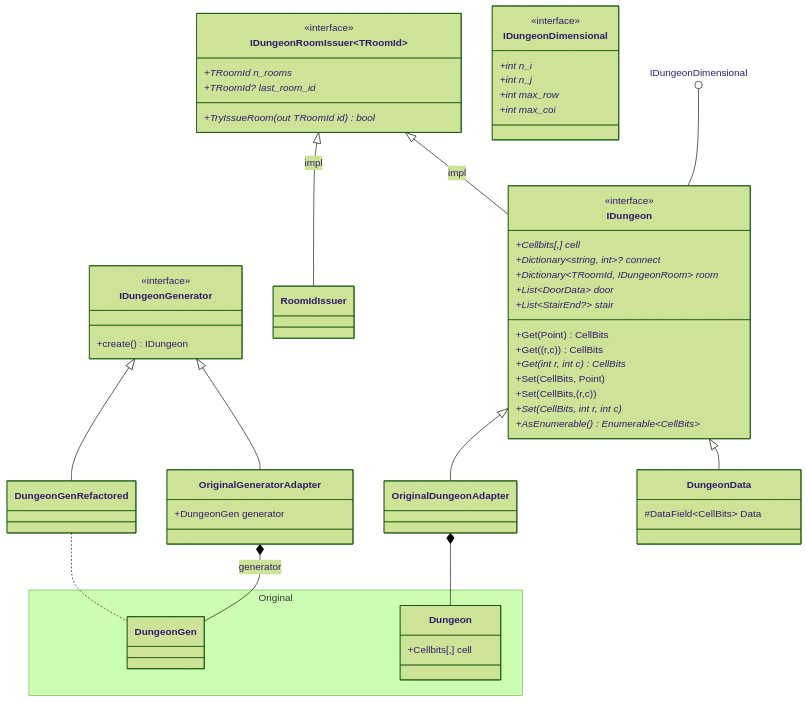
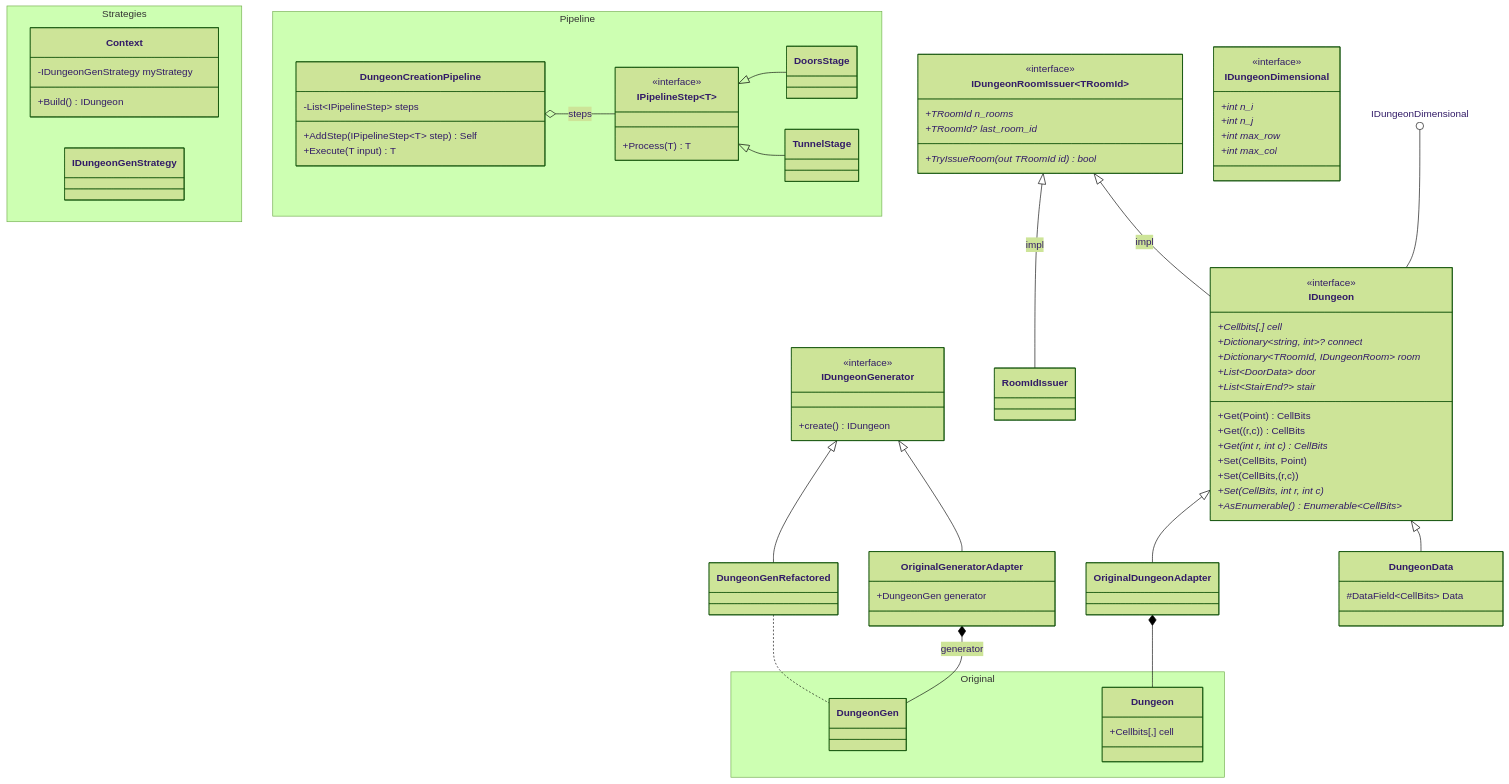
The diagram in Donjon/plan.mmd (NebulousPsychology/DnD.DonjonNET), drawn with Mermaid (forest theme) before and after one commit. The commit also changed other lines of this file and 31 other files, not shown here.

```diff
--- a/Donjon/plan.mmd
+++ b/Donjon/plan.mmd
@@ -1,66 +1,91 @@
 classDiagram
     namespace Original {
         class Dungeon {
             +Cellbits[,] cell
         }
         class DungeonGen
     }
     class IDungeonGenerator{
         <<interface>> 
         +create() IDungeon
     } 
 
     class DungeonGenRefactored
     IDungeonGenerator <|-- DungeonGenRefactored
 
     class OriginalGeneratorAdapter{
         +DungeonGen generator
     }
     IDungeonGenerator <|-- OriginalGeneratorAdapter
     OriginalGeneratorAdapter *-- DungeonGen : generator
 
     DungeonGenRefactored..DungeonGen
 
     IDungeonRoomIssuer~TRoomId~ <|-- RoomIdIssuer : impl
     class IDungeonRoomIssuer~TRoomId~{
         <<interface>>
         +TRoomId n_rooms *
         +TRoomId? last_room_id *
         +TryIssueRoom(out TRoomId id) bool *
     }
     class IDungeonDimensional{
         <<interface>>
         +int n_i *
         +int n_j *
         +int max_row *
         +int max_col *
     }
 
     IDungeonDimensional ()-- IDungeon
     IDungeonRoomIssuer~TRoomId~ <|-- IDungeon :impl
     class IDungeon{
         <<interface>>
         +Cellbits[,] cell *
         +Dictionary~string, int~? connect *
         +Dictionary~TRoomId, IDungeonRoom~ room *
         +List~DoorData~ door *
         +List~StairEnd?~ stair *
 
         +Get(Point) CellBits
         +Get((r,c)) CellBits
         +Get(int r, int c) CellBits *
         +Set(CellBits, Point)
         +Set(CellBits, (r,c))
         +Set(CellBits, int r, int c) *
         +AsEnumerable() Enumerable~CellBits~ *
     }
     class OriginalDungeonAdapter{
 
     }
     OriginalDungeonAdapter *-- Dungeon
 
     IDungeon <|-- OriginalDungeonAdapter
     IDungeon <|-- DungeonData
     class DungeonData{
         #DataField~CellBits~ Data
     }
+
+namespace Strategies {
+    class Context{
+        -IDungeonGenStrategy myStrategy
+        +Build() IDungeon
+    }
+    class IDungeonGenStrategy
+}
+
+namespace Pipeline {
+    class IPipelineStep~T~ {
+        <<interface>>
+        +Process(T) T
+    }
+    class DungeonCreationPipeline{
+        -List~IPipelineStep~ steps
+        +AddStep(IPipelineStep~T~ step) Self
+        +Execute(T input) T
+    }
+    class DoorsStage
+    class TunnelStage
+}
+   IPipelineStep~T~ <|-- DoorsStage
+   IPipelineStep~T~ <|-- TunnelStage
+DungeonCreationPipeline o-- IPipelineStep : steps
```
